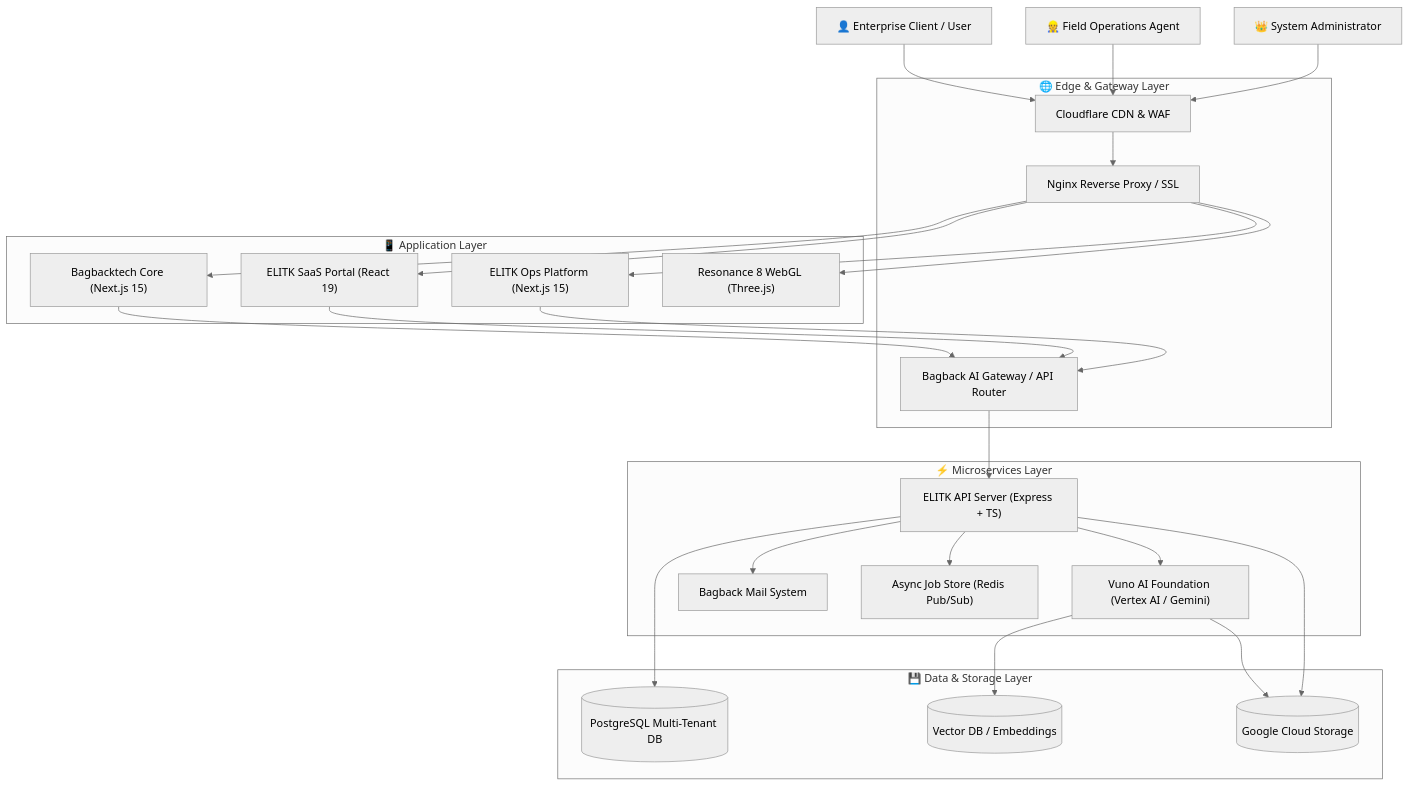
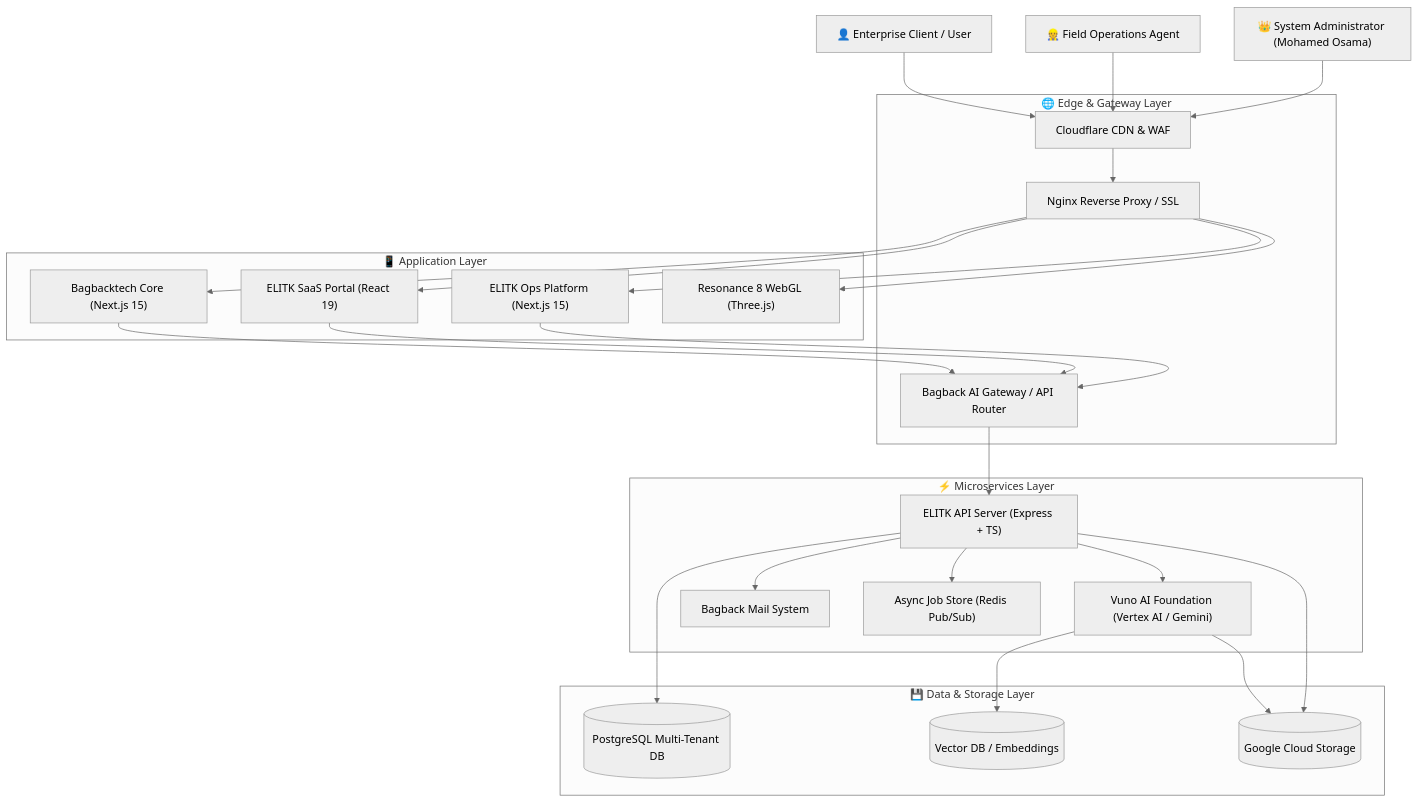
Before and after one commit to mohamedosamaai/mohamedosamaai: the diagram in README.md, drawn with Mermaid (neutral theme). The commit also changed other lines of this file, not shown here.

````diff
--- a/README.md
+++ b/README.md
@@ -93,62 +81,62 @@
 ```mermaid
 graph TD
     %% User Personas
     Client["👤 Enterprise Client / User"]
     OpUser["👷 Field Operations Agent"]
-    Admin["👑 System Administrator"]
+    Admin["👑 System Administrator (Mohamed Osama)"]
 
     %% Gateway & Edge Layer
     subgraph Edge ["🌐 Edge & Gateway Layer"]
         CF["Cloudflare CDN & WAF"]
         Proxy["Nginx Reverse Proxy / SSL"]
         Gateway["Bagback AI Gateway / API Router"]
     end
 
     %% Application Layer
     subgraph Apps ["📱 Application Layer"]
         CoreWeb["Bagbacktech Core (Next.js 15)"]
         ElitkWeb["ELITK SaaS Portal (React 19)"]
         OpsApp["ELITK Ops Platform (Next.js 15)"]
         Resonance8["Resonance 8 WebGL (Three.js)"]
     end
 
     %% Microservices Layer
     subgraph Services ["⚡ Microservices Layer"]
         APIServer["ELITK API Server (Express + TS)"]
         AIService["Vuno AI Foundation (Vertex AI / Gemini)"]
         MailService["Bagback Mail System"]
         JobStore["Async Job Store (Redis Pub/Sub)"]
     end
 
     %% Persistence Layer
     subgraph Data ["💾 Data & Storage Layer"]
         PG[("PostgreSQL Multi-Tenant DB")]
         VDB[("Vector DB / Embeddings")]
         GCS[("Google Cloud Storage")]
     end
 
     %% User Interactions
     Client --> CF
     OpUser --> CF
     Admin --> CF
     CF --> Proxy
     Proxy --> CoreWeb
     Proxy --> ElitkWeb
     Proxy --> OpsApp
     Proxy --> Resonance8
 
     %% Service Connections
     CoreWeb --> Gateway
     ElitkWeb --> Gateway
     OpsApp --> Gateway
     Gateway --> APIServer
     APIServer --> AIService
     APIServer --> MailService
     APIServer --> JobStore
 
     %% Data Connections
     APIServer --> PG
     AIService --> VDB
     AIService --> GCS
     APIServer --> GCS
 ```
````
